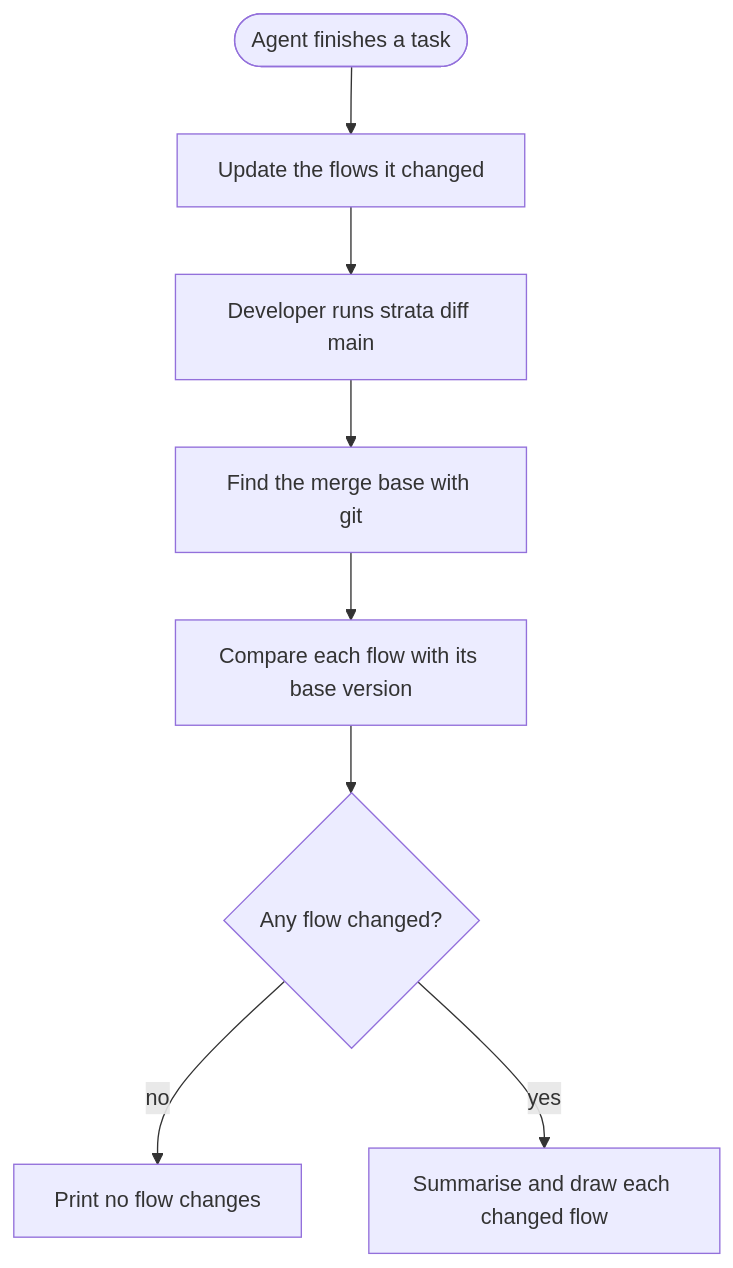
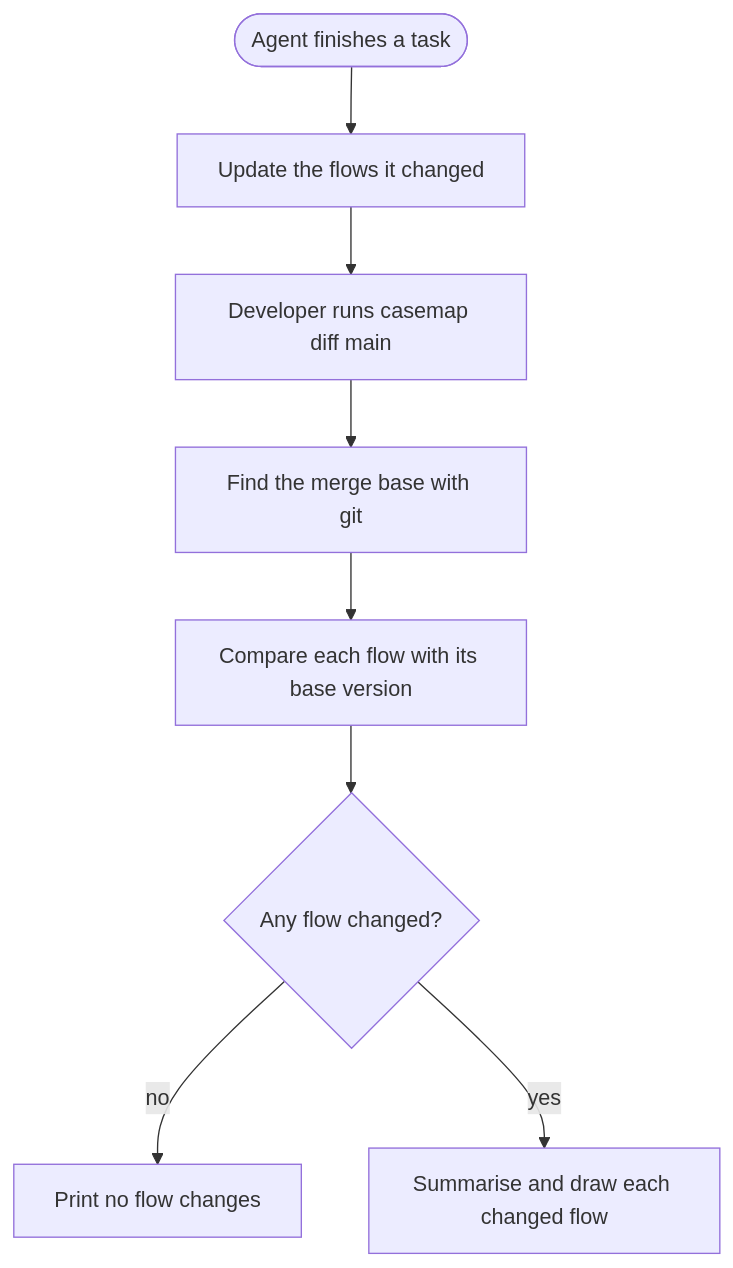
Before and after one commit to Ross-cripto/casemap: the diagram in docs/flows/review-flow-changes.md, drawn with Mermaid. The commit also changed 65 other files, not shown here.

First line of the commit message:
chore: rename the product from strata to casemap

````diff
--- a/docs/flows/review-flow-changes.md
+++ b/docs/flows/review-flow-changes.md
@@ -5,12 +5,12 @@
 ```mermaid
 flowchart TD
     agent([Agent finishes a task]) --> update[Update the flows it changed]
-    update --> dev[Developer runs strata diff main]
+    update --> dev[Developer runs casemap diff main]
     dev --> base[Find the merge base with git]
     base --> compare[Compare each flow with its base version]
     compare --> any{Any flow changed?}
     any -->|no| none[Print no flow changes]
     any -->|yes| report[Summarise and draw each changed flow]
     %% @code base src/git.rs
     %% @code compare src/diff.rs src/flows.rs
 ```
````
